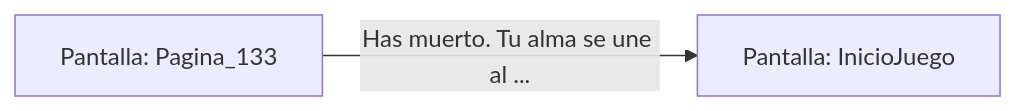
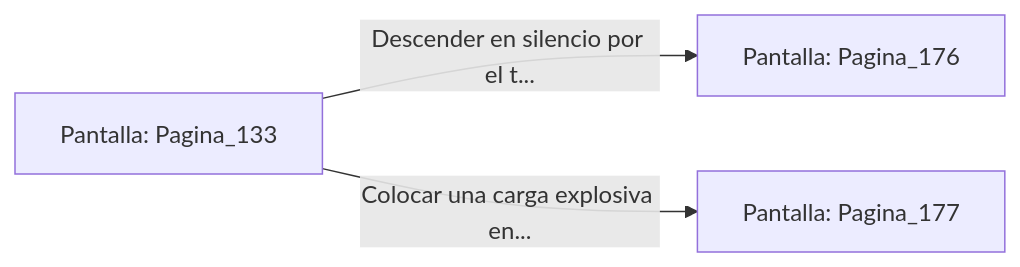
One commit to metsuke/mpl changed the diagram in sample/eligejuego-vault/Pantalla_Pagina_133.md. Above: the diagram before and after it, drawn with Mermaid. The commit also changed other lines of this file and 635 other files, not shown here.

First line of the commit message:
fix: añadir Pagina_1 como pantalla inicial en capitulo_01.mpl

````diff
--- a/sample/eligejuego-vault/Pantalla_Pagina_133.md
+++ b/sample/eligejuego-vault/Pantalla_Pagina_133.md
@@ -17,5 +24,6 @@
 ```mermaid
 graph LR
     P_Pagina_133["Pantalla: Pagina_133"]
-    P_Pagina_133 -->|"Has muerto. Tu alma se une al ..."| P_InicioJuego["Pantalla: InicioJuego"]
+    P_Pagina_133 -->|"Descender en silencio por el t..."| P_Pagina_176["Pantalla: Pagina_176"]
+    P_Pagina_133 -->|"Colocar una carga explosiva en..."| P_Pagina_177["Pantalla: Pagina_177"]
 ```
````
